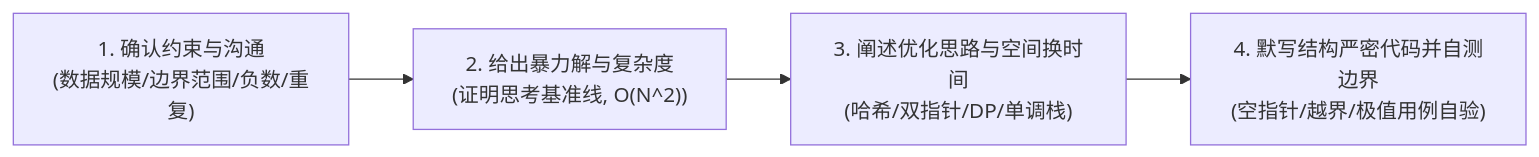
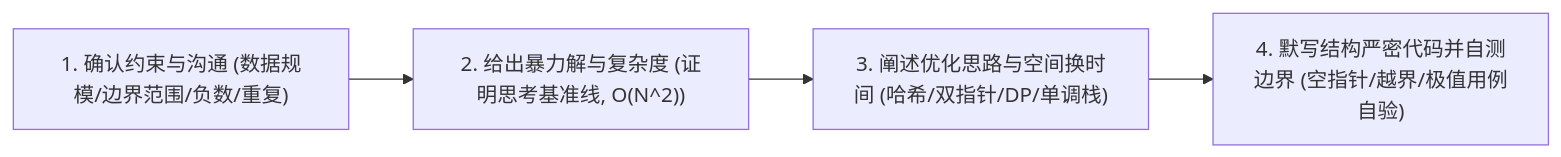
The second of 2 diagrams in 30-算法与数据结构/00-总览/学习仪表盘.md (GuoWWWX/knowledge-base), drawn with Mermaid before and after one commit. The commit also changed 251 other files, not shown here.

````diff
--- a/30-算法与数据结构/00-总览/学习仪表盘.md
+++ b/30-算法与数据结构/00-总览/学习仪表盘.md
@@ -52,6 +52,6 @@
 ```mermaid
 flowchart LR
-    SOP1["1. 确认约束与沟通<br/>(数据规模/边界范围/负数/重复)"] --> SOP2["2. 给出暴力解与复杂度<br/>(证明思考基准线, O(N^2))"]
-    SOP2 --> SOP3["3. 阐述优化思路与空间换时间<br/>(哈希/双指针/DP/单调栈)"]
-    SOP3 --> SOP4["4. 默写结构严密代码并自测边界<br/>(空指针/越界/极值用例自验)"]
+    SOP1["1. 确认约束与沟通 (数据规模/边界范围/负数/重复)"] --> SOP2["2. 给出暴力解与复杂度 (证明思考基准线, O(N^2))"]
+    SOP2 --> SOP3["3. 阐述优化思路与空间换时间 (哈希/双指针/DP/单调栈)"]
+    SOP3 --> SOP4["4. 默写结构严密代码并自测边界 (空指针/越界/极值用例自验)"]
 ```
````
